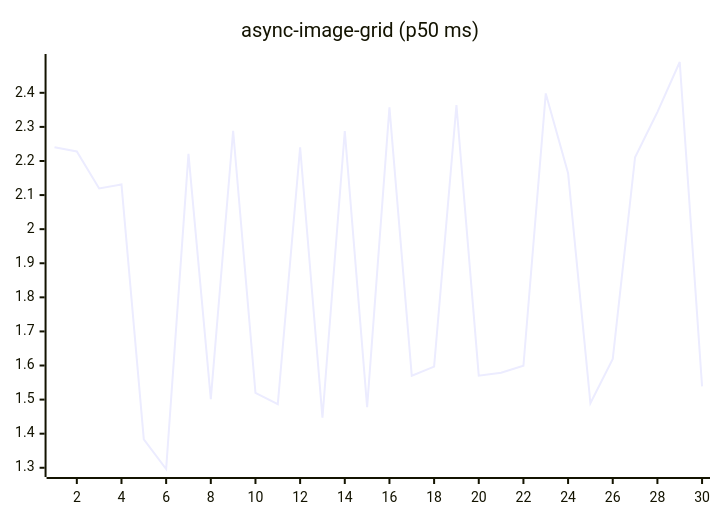
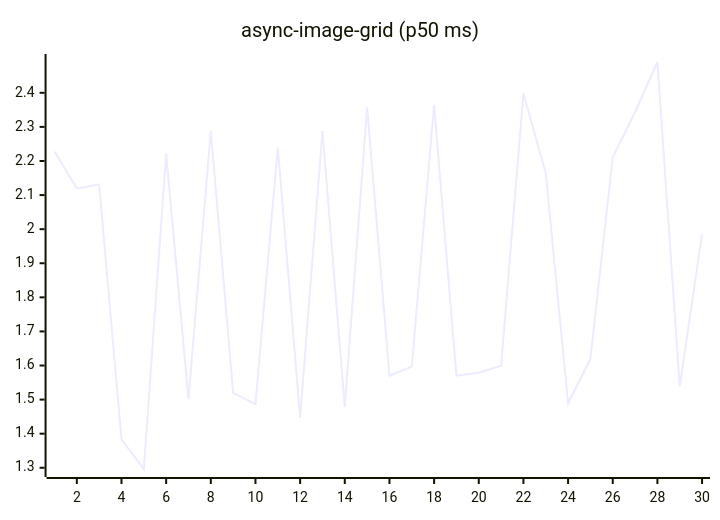
One commit to josha/Facet changed the fifth of 27 diagrams in README.md. Above: the diagram before and after it, drawn with Mermaid. The commit also changed other lines of this file and 2 other files, not shown here.

````diff
--- a/README.md
+++ b/README.md
@@ -91,6 +91,6 @@
 ```mermaid
 xychart-beta
     title "async-image-grid (p50 ms)"
     x-axis 1 --> 30
-    line [2.2404, 2.2280, 2.1194, 2.1310, 1.3834, 1.2964, 2.2208, 1.5015, 2.2886, 1.5200, 1.4868, 2.2404, 1.4470, 2.2880, 1.4779, 2.3575, 1.5699, 1.5969, 2.3640, 1.5700, 1.5790, 1.5994, 2.3982, 2.1641, 1.4893, 1.6193, 2.2110, 2.3435, 2.4904, 1.5386]
+    line [2.2280, 2.1194, 2.1310, 1.3834, 1.2964, 2.2208, 1.5015, 2.2886, 1.5200, 1.4868, 2.2404, 1.4470, 2.2880, 1.4779, 2.3575, 1.5699, 1.5969, 2.3640, 1.5700, 1.5790, 1.5994, 2.3982, 2.1641, 1.4893, 1.6193, 2.2110, 2.3435, 2.4904, 1.5386, 1.9864]
 ```
````
